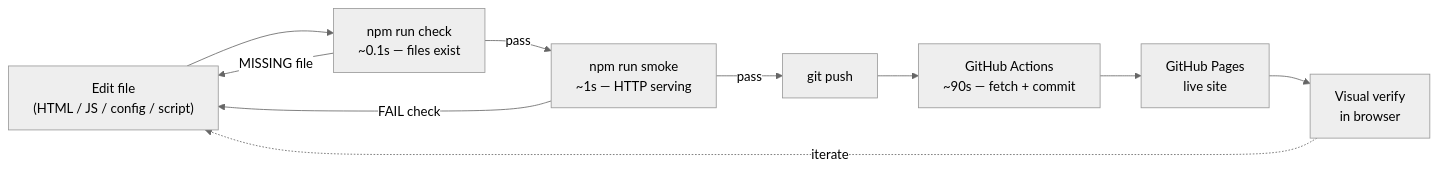
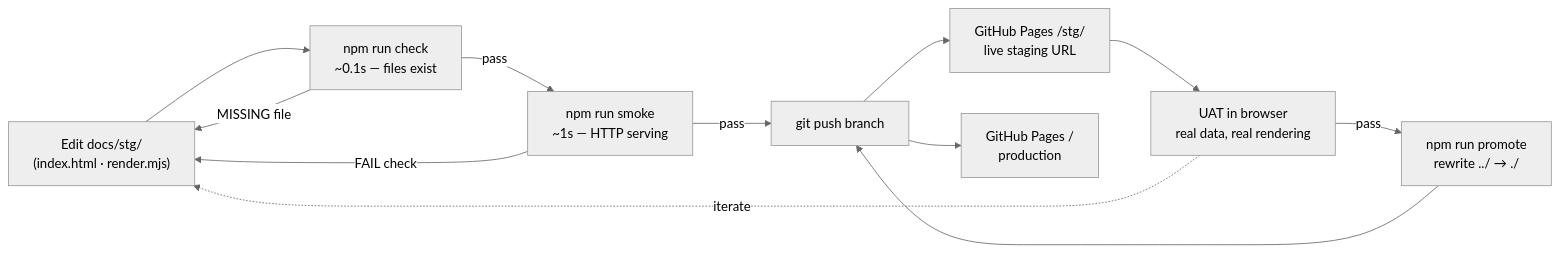
The fourth of 4 diagrams in ARCHITECTURE.md (denishoctor/lcjru-fixtures), drawn with Mermaid (neutral theme) before and after one commit. The commit also changed other lines of this file and 7 other files, not shown here.

First line of the commit message:
feat: add docs/stg/ UAT environment; retire staging-index.html

````diff
--- a/ARCHITECTURE.md
+++ b/ARCHITECTURE.md
@@ -253,21 +253,24 @@
 ```mermaid
 flowchart LR
-    EDIT["Edit file\n(HTML / JS / config / script)"]
+    EDIT["Edit docs/stg/\n(index.html · render.mjs)"]
     CHECK["npm run check\n~0.1s — files exist"]
     SMOKE["npm run smoke\n~1s — HTTP serving"]
-    PUSH["git push"]
-    CI["GitHub Actions\n~90s — fetch + commit"]
-    PAGES["GitHub Pages\nlive site"]
-    VERIFY["Visual verify\nin browser"]
+    PUSH["git push branch"]
+    STG["GitHub Pages /stg/\nlive staging URL"]
+    UAT["UAT in browser\nreal data, real rendering"]
+    PROMOTE["npm run promote\nrewrite ../ → ./"]
+    PROD["GitHub Pages /\nproduction"]
 
     EDIT --> CHECK
     CHECK -->|pass| SMOKE
     SMOKE -->|pass| PUSH
-    PUSH --> CI
-    CI --> PAGES
-    PAGES --> VERIFY
-    VERIFY -.->|iterate| EDIT
+    PUSH --> STG
+    STG --> UAT
+    UAT -->|pass| PROMOTE
+    PROMOTE --> PUSH
+    PUSH --> PROD
 
     CHECK -->|MISSING file| EDIT
     SMOKE -->|FAIL check| EDIT
+    UAT -.->|iterate| EDIT
 ```
````
